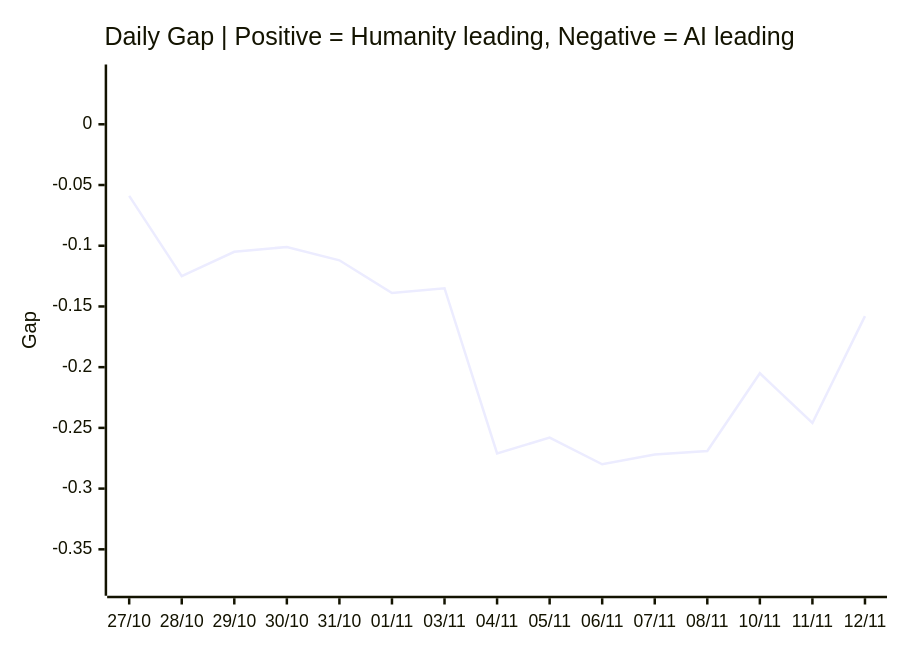
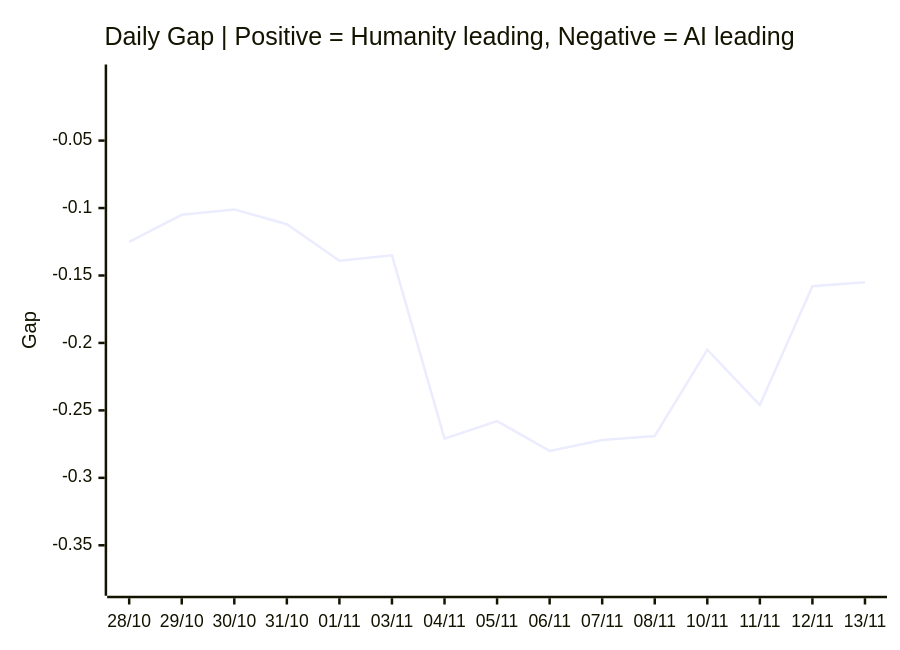
The third of 3 diagrams in README.md (VQQLK/Human-AI-Monitor), drawn with Mermaid before and after one commit. The commit also changed other lines of this file and 3 other files, not shown here.

````diff
--- a/README.md
+++ b/README.md
@@ -55,7 +55,7 @@
 ```mermaid
 xychart-beta
     title "Daily Gap | Positive = Humanity leading, Negative = AI leading"
-    x-axis ["27/10", "28/10", "29/10", "30/10", "31/10", "01/11", "03/11", "04/11", "05/11", "06/11", "07/11", "08/11", "10/11", "11/11", "12/11"]
-    y-axis "Gap" -0.380 --> 0.041
-    line [-0.059, -0.125, -0.105, -0.101, -0.112, -0.139, -0.135, -0.271, -0.258, -0.280, -0.272, -0.269, -0.205, -0.246, -0.158]
+    x-axis ["28/10", "29/10", "30/10", "31/10", "01/11", "03/11", "04/11", "05/11", "06/11", "07/11", "08/11", "10/11", "11/11", "12/11", "13/11"]
+    y-axis "Gap" -0.380 --> -0.001
+    line [-0.125, -0.105, -0.101, -0.112, -0.139, -0.135, -0.271, -0.258, -0.280, -0.272, -0.269, -0.205, -0.246, -0.158, -0.155]
 ```
````
